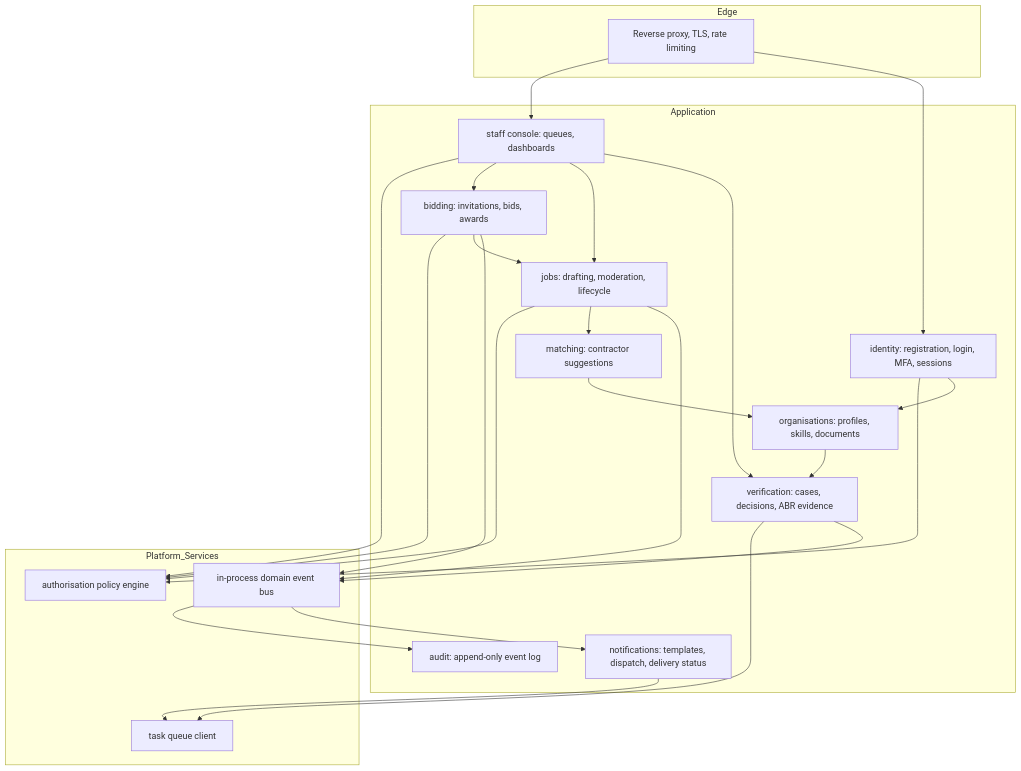
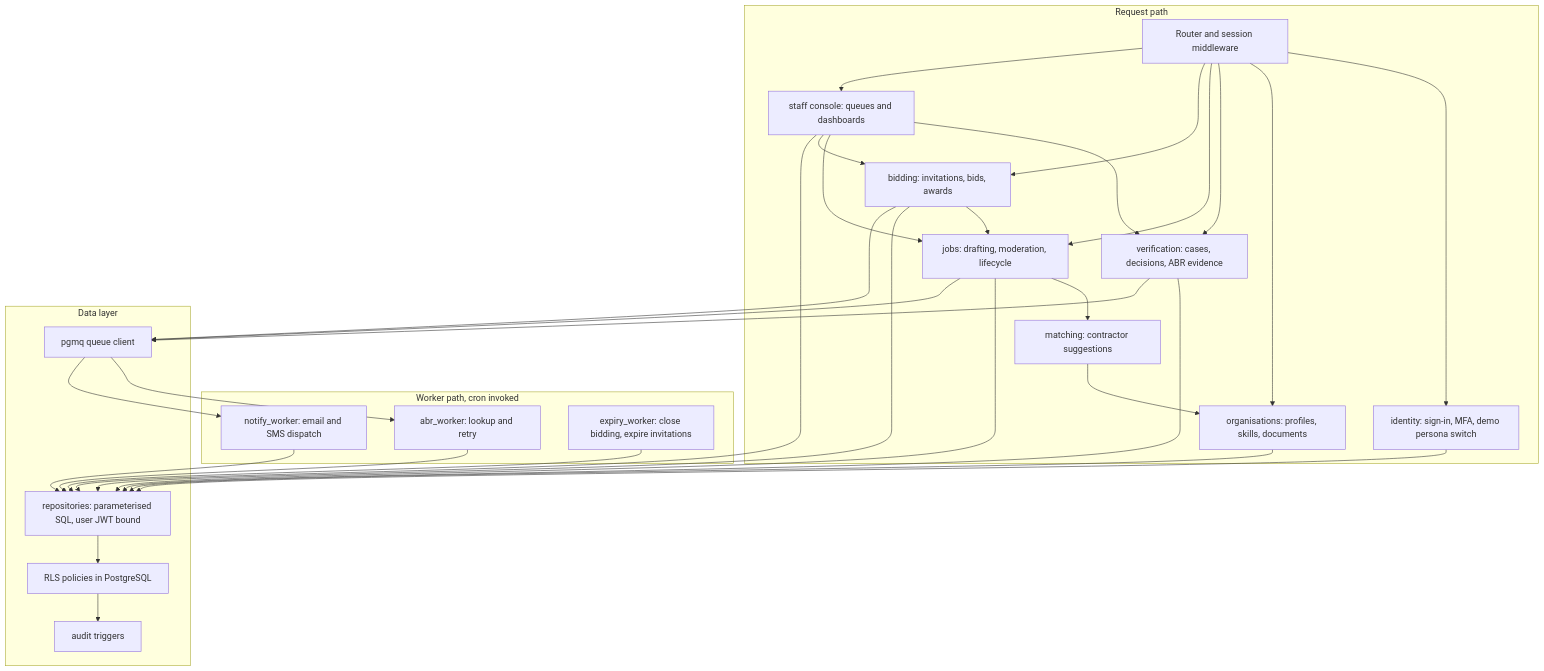
The tenth of 11 diagrams in docs/SPEC.md (andrewbruno/ab-verified), drawn with Mermaid before and after one commit. The commit also changed other lines of this file, not shown here.

First line of the commit message:
Rework the spec for Vercel, Supabase and RLS

````diff
--- a/docs/SPEC.md
+++ b/docs/SPEC.md
@@ -574,43 +644,52 @@
 ```mermaid
 flowchart TB
-    subgraph Edge
-        RP[Reverse proxy, TLS, rate limiting]
+    subgraph Request["Request path"]
+        RT["Router and session middleware"]
+        AUTHM["identity: sign-in, MFA, demo persona switch"]
+        ORG["organisations: profiles, skills, documents"]
+        VERIF["verification: cases, decisions, ABR evidence"]
+        JOBS["jobs: drafting, moderation, lifecycle"]
+        MATCH["matching: contractor suggestions"]
+        BIDS["bidding: invitations, bids, awards"]
+        STAFFC["staff console: queues and dashboards"]
     end
-    subgraph Application
-        AUTH[identity: registration, login, MFA, sessions]
-        VERIF[verification: cases, decisions, ABR evidence]
-        ORG[organisations: profiles, skills, documents]
-        JOBS[jobs: drafting, moderation, lifecycle]
-        MATCH[matching: contractor suggestions]
-        BIDS[bidding: invitations, bids, awards]
-        NOTIF[notifications: templates, dispatch, delivery status]
-        AUDIT[audit: append-only event log]
-        STAFF[staff console: queues, dashboards]
+    subgraph Worker["Worker path, cron invoked"]
+        ABRW["abr_worker: lookup and retry"]
+        NOTW["notify_worker: email and SMS dispatch"]
+        EXPW["expiry_worker: close bidding, expire invitations"]
     end
-    subgraph Platform_Services
-        POL[authorisation policy engine]
-        EVT[in-process domain event bus]
-        QUE[task queue client]
+    subgraph Data["Data layer"]
+        REPO["repositories: parameterised SQL, user JWT bound"]
+        POL["RLS policies in PostgreSQL"]
+        TRG["audit triggers"]
+        QUE["pgmq queue client"]
     end
-    RP --> AUTH
-    RP --> STAFF
-    AUTH --> ORG
-    ORG --> VERIF
-    VERIF --> EVT
-    JOBS --> EVT
-    BIDS --> EVT
-    EVT --> NOTIF
-    EVT --> AUDIT
+    RT --> AUTHM
+    RT --> ORG
+    RT --> VERIF
+    RT --> JOBS
+    RT --> BIDS
+    RT --> STAFFC
     JOBS --> MATCH
     MATCH --> ORG
     BIDS --> JOBS
-    STAFF --> VERIF
-    STAFF --> JOBS
-    STAFF --> BIDS
-    NOTIF --> QUE
+    STAFFC --> VERIF
+    STAFFC --> JOBS
+    STAFFC --> BIDS
+    AUTHM --> REPO
+    ORG --> REPO
+    VERIF --> REPO
+    JOBS --> REPO
+    BIDS --> REPO
+    STAFFC --> REPO
+    REPO --> POL
+    POL --> TRG
     VERIF --> QUE
-    AUTH --> POL
-    JOBS --> POL
-    BIDS --> POL
-    STAFF --> POL
+    JOBS --> QUE
+    BIDS --> QUE
+    QUE --> ABRW
+    QUE --> NOTW
+    EXPW --> REPO
+    ABRW --> REPO
+    NOTW --> REPO
 ```
````
